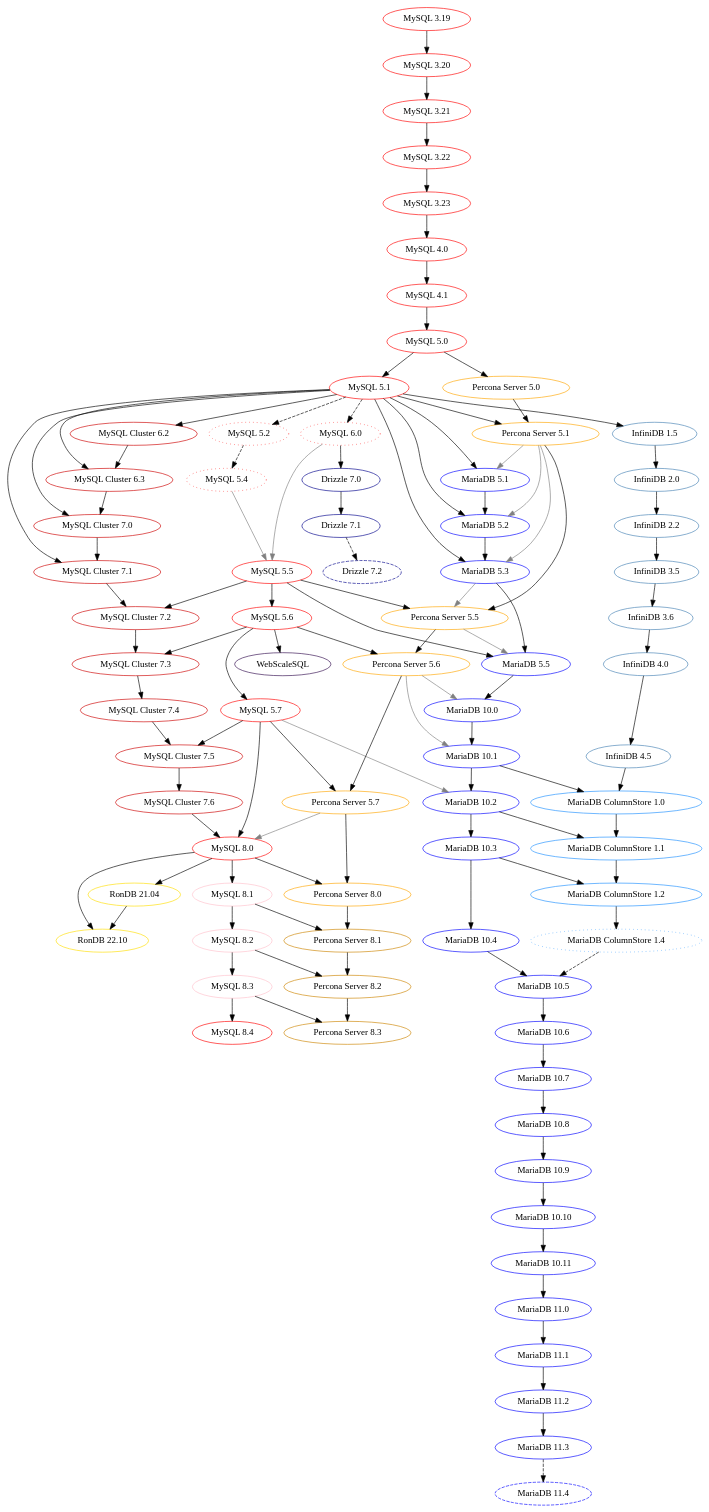
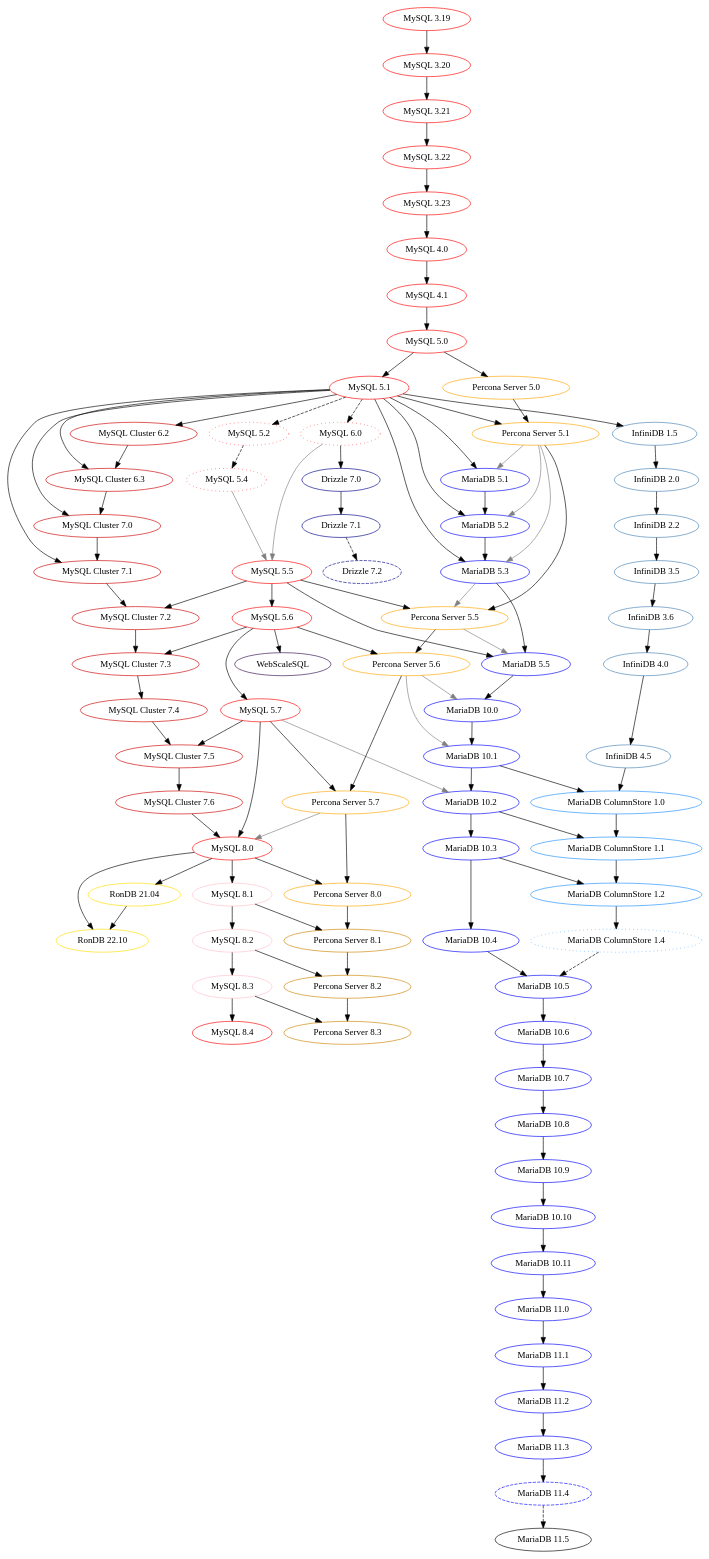
Before and after one commit to dveeden/mysql-history-graph: the diagram in mysql-history-graph.dot, drawn with Graphviz.

Commit message:
Update mysql-history-graph.dot: undash MariaDB 11.4, add dashed 11.5
MariaDB 11.4 is now GA and 11.5 is the current development version.

```diff
--- a/mysql-history-graph.dot
+++ b/mysql-history-graph.dot
@@ -147,7 +147,8 @@
 	"MariaDB 11.0" -> "MariaDB 11.1";
 	"MariaDB 11.1" -> "MariaDB 11.2";
 	"MariaDB 11.2" -> "MariaDB 11.3";
-	"MariaDB 11.3" -> "MariaDB 11.4" [style="dashed"];
+	"MariaDB 11.3" -> "MariaDB 11.4";
+        "MariaDB 11.4" -> "MariaDB 11.5" [style="dashed"];
 
     /* InfiniDB */
     "InfiniDB 1.5" [color="steelblue"];
```
